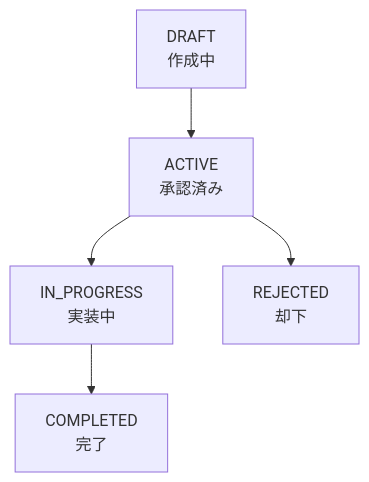
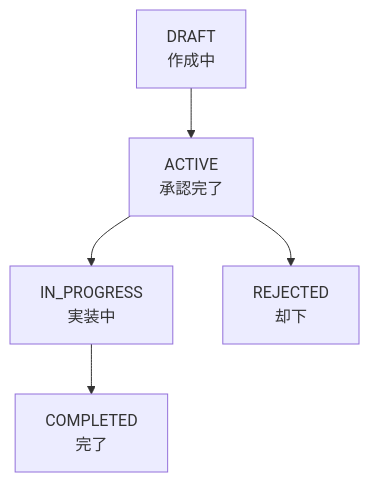
One commit to modu-ai/moai-adk changed the second of 2 diagrams in docs-site/content/ja/workflow-commands/moai-plan.md. Above: the diagram before and after it, drawn with Mermaid. The commit also changed other lines of this file and 395 other files, not shown here.

````diff
--- a/docs-site/content/ja/workflow-commands/moai-plan.md
+++ b/docs-site/content/ja/workflow-commands/moai-plan.md
@@ -256,7 +262,7 @@
 ```mermaid
 flowchart TD
-    A["DRAFT<br/>作成中"] --> B["ACTIVE<br/>承認済み"]
+    A["DRAFT<br/>作成中"] --> B["ACTIVE<br/>承認完了"]
     B --> C["IN_PROGRESS<br/>実装中"]
     C --> D["COMPLETED<br/>完了"]
     B --> E["REJECTED<br/>却下"]
 ```
````
